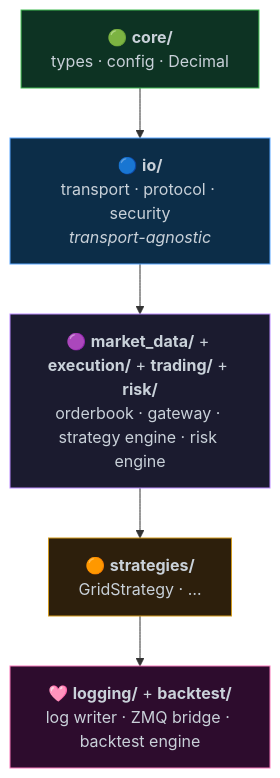
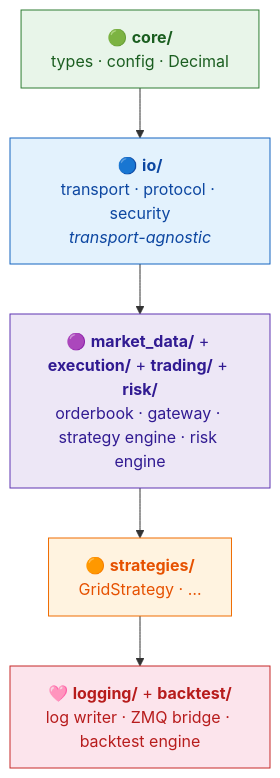
Before and after one commit to leafxuzm/trading_engine: the second of 2 diagrams in README.md, drawn with Mermaid. The commit also changed other lines of this file, not shown here.

Commit message:
README: switch Mermaid diagrams to light/pastel color scheme

````diff
--- a/README.md
+++ b/README.md
@@ -93,25 +93,25 @@
 ```mermaid
 flowchart TB
-    classDef l0 fill:#0d3323,stroke:#3fb950,color:#c9d1d9
-    classDef l1 fill:#0c2d48,stroke:#58a6ff,color:#c9d1d9
-    classDef l2 fill:#1b1b2f,stroke:#bc8cff,color:#c9d1d9
-    classDef l3 fill:#2d1f0c,stroke:#d2991d,color:#c9d1d9
-    classDef l4 fill:#2d0c2d,stroke:#f778ba,color:#c9d1d9
+    classDef l0 fill:#e8f5e9,stroke:#2e7d32,color:#1b5e20
+    classDef l1 fill:#e3f2fd,stroke:#1565c0,color:#0d47a1
+    classDef l2 fill:#ede7f6,stroke:#5e35b1,color:#311b92
+    classDef l3 fill:#fff3e0,stroke:#ef6c00,color:#e65100
+    classDef l4 fill:#fce4ec,stroke:#c62828,color:#b71c1c
 
     L0["🟢 <b>core/</b><br/>types · config · Decimal"]
     L1["🔵 <b>io/</b><br/>transport · protocol · security<br/><i>transport-agnostic</i>"]
     L2["🟣 <b>market_data/</b> + <b>execution/</b> + <b>trading/</b> + <b>risk/</b><br/>orderbook · gateway · strategy engine · risk engine"]
     L3["🟠 <b>strategies/</b><br/>GridStrategy · …"]
     L4["🩷 <b>logging/</b> + <b>backtest/</b><br/>log writer · ZMQ bridge · backtest engine"]
 
     L0 --> L1
     L1 --> L2
     L2 --> L3
     L3 --> L4
 
     class L0 l0
     class L1 l1
     class L2 l2
     class L3 l3
     class L4 l4
 ```
````
